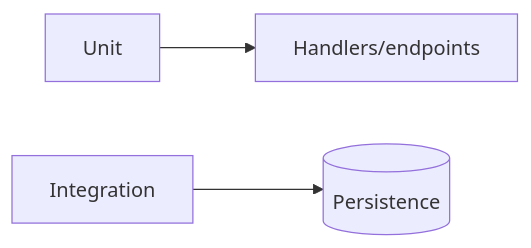
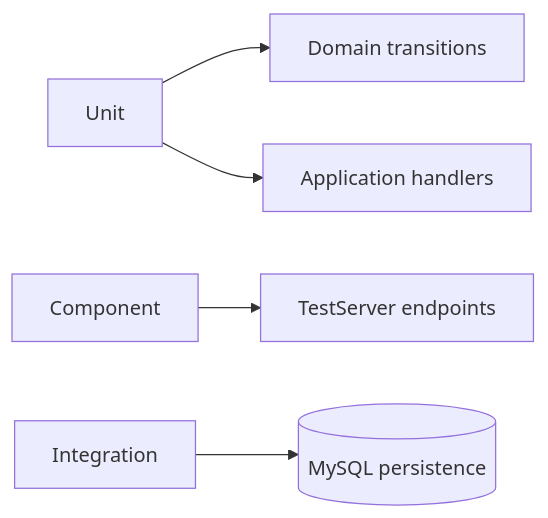
Before and after one commit to Minhduc7904/MiniProjectTrainingKaopiz: the diagram in ducnm3/docs/architecture/backend/notification-service/details/testing.md, drawn with Mermaid. The commit also changed other lines of this file and 86 other files, not shown here.

````diff
--- a/ducnm3/docs/architecture/backend/notification-service/details/testing.md
+++ b/ducnm3/docs/architecture/backend/notification-service/details/testing.md
@@ -9,5 +9,7 @@
 ```mermaid
 flowchart LR
-  Unit --> App[Handlers/endpoints]
-  Integration --> DB[(Persistence)]
+  Unit --> Domain[Domain transitions]
+  Unit --> App[Application handlers]
+  Component --> API[TestServer endpoints]
+  Integration --> DB[(MySQL persistence)]
 ```
````
